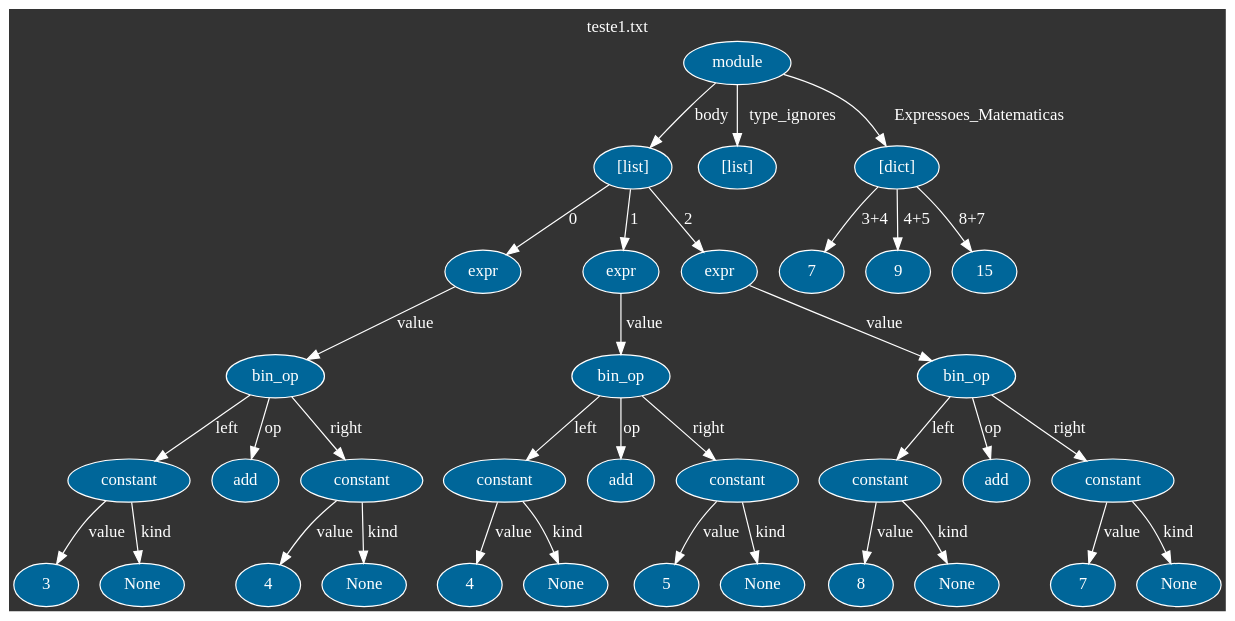
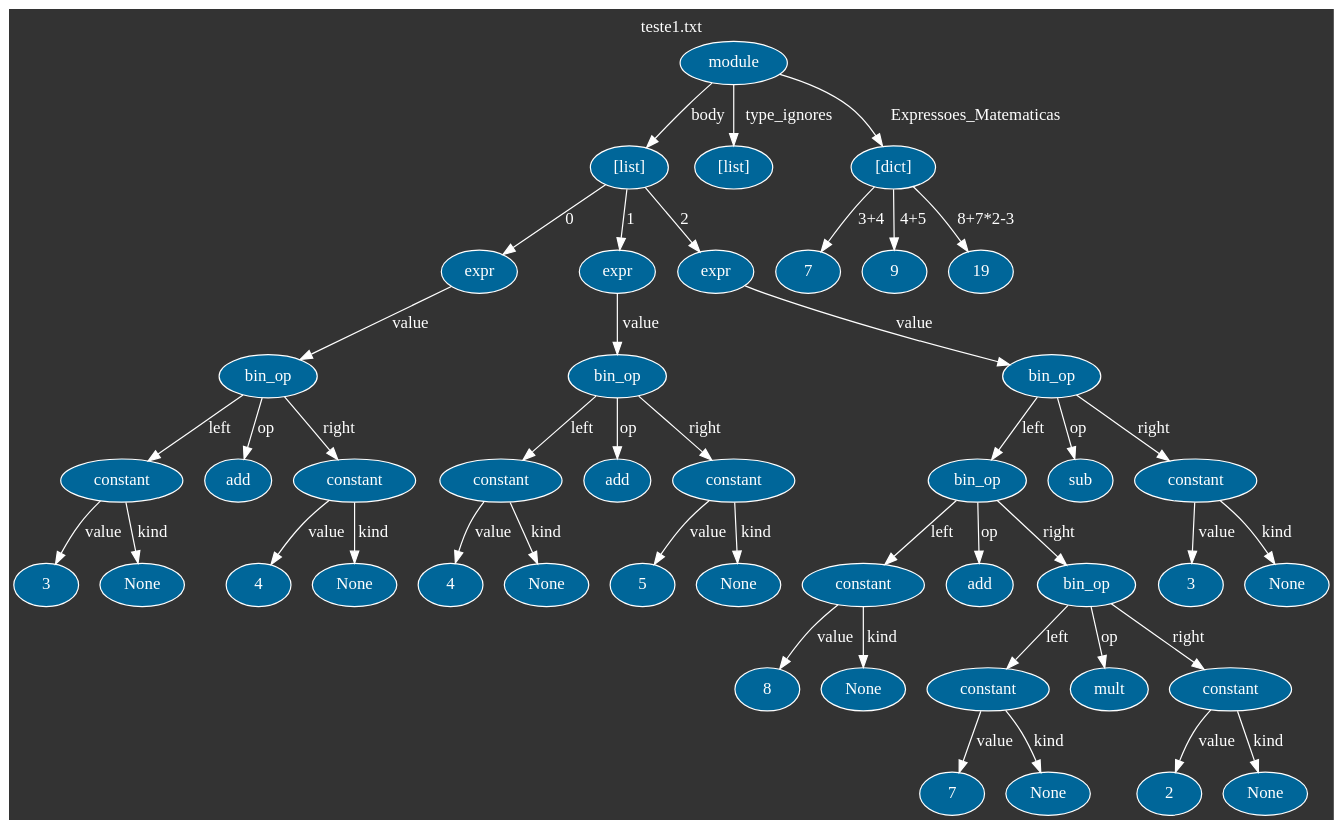
Before and after one commit to Mandella-thi/A3_teroria_comp: the diagram in Digraph.gv, drawn with Graphviz. The commit also changed 3 other files, not shown here.

```diff
--- a/Digraph.gv
+++ b/Digraph.gv
@@ -1,72 +1,92 @@
 digraph {
 	graph [bgcolor="#333333" fontcolor=white label="teste1.txt" labelloc=t margin=0]
 	node [color=white fillcolor="#006699" fontcolor=white style=filled]
 	edge [color=white fontcolor=white]
-	1447438806464 [label=module]
-	1447438797376 [label="[list]"]
-	1447438806528 [label=expr]
-	1447438806592 [label=bin_op]
-	1447438807360 [label=constant]
-	"ae32a713-3969-4828-8ffc-0cf30d8e96f1" [label=3]
-	1447438807360 -> "ae32a713-3969-4828-8ffc-0cf30d8e96f1" [label=value]
-	"60cbf71d-fb4f-470d-85bb-a743dfdbf5a5" [label=None]
-	1447438807360 -> "60cbf71d-fb4f-470d-85bb-a743dfdbf5a5" [label=kind]
-	1447438806592 -> 1447438807360 [label=left]
-	1447438807232 [label=add]
-	1447438806592 -> 1447438807232 [label=op]
-	1447438806848 [label=constant]
-	"83ec4c65-b707-44fb-bb46-527fa2a8aab2" [label=4]
-	1447438806848 -> "83ec4c65-b707-44fb-bb46-527fa2a8aab2" [label=value]
-	"1201ba2f-93ad-4bbb-aa17-2d42323065fe" [label=None]
-	1447438806848 -> "1201ba2f-93ad-4bbb-aa17-2d42323065fe" [label=kind]
-	1447438806592 -> 1447438806848 [label=right]
-	1447438806528 -> 1447438806592 [label=value]
-	1447438797376 -> 1447438806528 [label=0]
-	1447438806976 [label=expr]
-	1447438807040 [label=bin_op]
-	1447438807104 [label=constant]
-	"2621cc8b-db02-4931-80d8-203a2138c576" [label=4]
-	1447438807104 -> "2621cc8b-db02-4931-80d8-203a2138c576" [label=value]
-	"24223b51-968d-46fa-bac3-b8d443d6dc78" [label=None]
-	1447438807104 -> "24223b51-968d-46fa-bac3-b8d443d6dc78" [label=kind]
-	1447438807040 -> 1447438807104 [label=left]
-	1447438807488 [label=add]
-	1447438807040 -> 1447438807488 [label=op]
-	1447438807552 [label=constant]
-	"9c6beca7-f03f-4e6e-ad54-1cb1e7ec5281" [label=5]
-	1447438807552 -> "9c6beca7-f03f-4e6e-ad54-1cb1e7ec5281" [label=value]
-	"d58afda5-2ecf-4964-9e66-c501b49eb294" [label=None]
-	1447438807552 -> "d58afda5-2ecf-4964-9e66-c501b49eb294" [label=kind]
-	1447438807040 -> 1447438807552 [label=right]
-	1447438806976 -> 1447438807040 [label=value]
-	1447438797376 -> 1447438806976 [label=1]
-	1447438807680 [label=expr]
-	1447438807744 [label=bin_op]
-	1447438807808 [label=constant]
-	"1c34bd74-5667-4ce5-aa9b-2dba59c6d6c5" [label=8]
-	1447438807808 -> "1c34bd74-5667-4ce5-aa9b-2dba59c6d6c5" [label=value]
-	"e8466a25-83cd-4b3c-bcce-b05f387e24e5" [label=None]
-	1447438807808 -> "e8466a25-83cd-4b3c-bcce-b05f387e24e5" [label=kind]
-	1447438807744 -> 1447438807808 [label=left]
-	1447438807936 [label=add]
-	1447438807744 -> 1447438807936 [label=op]
-	1447438808000 [label=constant]
-	"c65d23a6-4145-4d28-998c-b284c51e91f0" [label=7]
-	1447438808000 -> "c65d23a6-4145-4d28-998c-b284c51e91f0" [label=value]
-	"c0c058ff-9681-445d-81da-b034cce6a7ca" [label=None]
-	1447438808000 -> "c0c058ff-9681-445d-81da-b034cce6a7ca" [label=kind]
-	1447438807744 -> 1447438808000 [label=right]
-	1447438807680 -> 1447438807744 [label=value]
-	1447438797376 -> 1447438807680 [label=2]
-	1447438806464 -> 1447438797376 [label=body]
-	1447438795456 [label="[list]"]
-	1447438806464 -> 1447438795456 [label=type_ignores]
-	1447438808256 [label="[dict]"]
-	"c526cf2f-4c71-4060-83d9-8876244c6716" [label=7]
-	1447438808256 -> "c526cf2f-4c71-4060-83d9-8876244c6716" [label="3+4"]
-	"da141ca3-4af6-46be-98c6-41f9615c89a6" [label=9]
-	1447438808256 -> "da141ca3-4af6-46be-98c6-41f9615c89a6" [label="4+5"]
-	"f1387402-0368-4813-890c-3b33bba2611a" [label=15]
-	1447438808256 -> "f1387402-0368-4813-890c-3b33bba2611a" [label="8+7"]
-	1447438806464 -> 1447438808256 [label=Expressoes_Matematicas]
+	2855523251712 [label=module]
+	2855523192320 [label="[list]"]
+	2855523251904 [label=expr]
+	2855523252096 [label=bin_op]
+	2855523252480 [label=constant]
+	"257e3dd8-6af1-43ad-a8b7-56f6882d5e73" [label=3]
+	2855523252480 -> "257e3dd8-6af1-43ad-a8b7-56f6882d5e73" [label=value]
+	"904d6bcb-8270-4754-8c32-cee1617ef053" [label=None]
+	2855523252480 -> "904d6bcb-8270-4754-8c32-cee1617ef053" [label=kind]
+	2855523252096 -> 2855523252480 [label=left]
+	2855523251840 [label=add]
+	2855523252096 -> 2855523251840 [label=op]
+	2855523251968 [label=constant]
+	"3f6896f3-f632-45c4-8650-792ce9cc0e47" [label=4]
+	2855523251968 -> "3f6896f3-f632-45c4-8650-792ce9cc0e47" [label=value]
+	"06d69a2d-71a5-426c-95f9-076640b2c72d" [label=None]
+	2855523251968 -> "06d69a2d-71a5-426c-95f9-076640b2c72d" [label=kind]
+	2855523252096 -> 2855523251968 [label=right]
+	2855523251904 -> 2855523252096 [label=value]
+	2855523192320 -> 2855523251904 [label=0]
+	2855523252736 [label=expr]
+	2855523251776 [label=bin_op]
+	2855523252864 [label=constant]
+	"f7a3a722-435d-4342-bf56-66c430fcd7e2" [label=4]
+	2855523252864 -> "f7a3a722-435d-4342-bf56-66c430fcd7e2" [label=value]
+	"f5cf65d8-fa42-4441-83ba-a13996ffa943" [label=None]
+	2855523252864 -> "f5cf65d8-fa42-4441-83ba-a13996ffa943" [label=kind]
+	2855523251776 -> 2855523252864 [label=left]
+	2855523253824 [label=add]
+	2855523251776 -> 2855523253824 [label=op]
+	2855523254016 [label=constant]
+	"5fe7a65b-4c83-4cb8-8eb8-6d207f9adada" [label=5]
+	2855523254016 -> "5fe7a65b-4c83-4cb8-8eb8-6d207f9adada" [label=value]
+	"1a7f363a-2be6-494c-b27a-b9bdf193b6bc" [label=None]
+	2855523254016 -> "1a7f363a-2be6-494c-b27a-b9bdf193b6bc" [label=kind]
+	2855523251776 -> 2855523254016 [label=right]
+	2855523252736 -> 2855523251776 [label=value]
+	2855523192320 -> 2855523252736 [label=1]
+	2855523385472 [label=expr]
+	2855523385664 [label=bin_op]
+	2855523385792 [label=bin_op]
+	2855523385920 [label=constant]
+	"2b32529e-b387-427a-89c3-833d379b61d8" [label=8]
+	2855523385920 -> "2b32529e-b387-427a-89c3-833d379b61d8" [label=value]
+	"77ffc19d-74fa-4e61-b109-591f49df64af" [label=None]
+	2855523385920 -> "77ffc19d-74fa-4e61-b109-591f49df64af" [label=kind]
+	2855523385792 -> 2855523385920 [label=left]
+	2855523386240 [label=add]
+	2855523385792 -> 2855523386240 [label=op]
+	2855523386432 [label=bin_op]
+	2855523386560 [label=constant]
+	"acc32ddb-bada-468c-ae9b-931955f6d043" [label=7]
+	2855523386560 -> "acc32ddb-bada-468c-ae9b-931955f6d043" [label=value]
+	"3e1eb9b2-bed6-4a27-a0b7-70d1fd16627e" [label=None]
+	2855523386560 -> "3e1eb9b2-bed6-4a27-a0b7-70d1fd16627e" [label=kind]
+	2855523386432 -> 2855523386560 [label=left]
+	2855523386880 [label=mult]
+	2855523386432 -> 2855523386880 [label=op]
+	2855523387072 [label=constant]
+	"0d5490e3-7518-4680-aadb-ed8dd91fa189" [label=2]
+	2855523387072 -> "0d5490e3-7518-4680-aadb-ed8dd91fa189" [label=value]
+	"57238d34-1a9d-46f9-bd25-58de7b8b46b1" [label=None]
+	2855523387072 -> "57238d34-1a9d-46f9-bd25-58de7b8b46b1" [label=kind]
+	2855523386432 -> 2855523387072 [label=right]
+	2855523385792 -> 2855523386432 [label=right]
+	2855523385664 -> 2855523385792 [label=left]
+	2855523387392 [label=sub]
+	2855523385664 -> 2855523387392 [label=op]
+	2855523387712 [label=constant]
+	"3b68dec1-3c1a-4829-a4c6-1d193a761ced" [label=3]
+	2855523387712 -> "3b68dec1-3c1a-4829-a4c6-1d193a761ced" [label=value]
+	"72fb3de9-d154-4f1d-ac74-6edd4e1135ec" [label=None]
+	2855523387712 -> "72fb3de9-d154-4f1d-ac74-6edd4e1135ec" [label=kind]
+	2855523385664 -> 2855523387712 [label=right]
+	2855523385472 -> 2855523385664 [label=value]
+	2855523192320 -> 2855523385472 [label=2]
+	2855523251712 -> 2855523192320 [label=body]
+	2855523048704 [label="[list]"]
+	2855523251712 -> 2855523048704 [label=type_ignores]
+	2855523389120 [label="[dict]"]
+	"2cf49949-e4b4-4edc-837b-1eb63148d927" [label=7]
+	2855523389120 -> "2cf49949-e4b4-4edc-837b-1eb63148d927" [label="3+4"]
+	"6a87787d-80f3-481d-bdc6-abd25cdc82cb" [label=9]
+	2855523389120 -> "6a87787d-80f3-481d-bdc6-abd25cdc82cb" [label="4+5"]
+	"ba6dfd38-e16a-4eea-a864-b7f314c68865" [label=19]
+	2855523389120 -> "ba6dfd38-e16a-4eea-a864-b7f314c68865" [label="8+7*2-3"]
+	2855523251712 -> 2855523389120 [label=Expressoes_Matematicas]
 }
```
